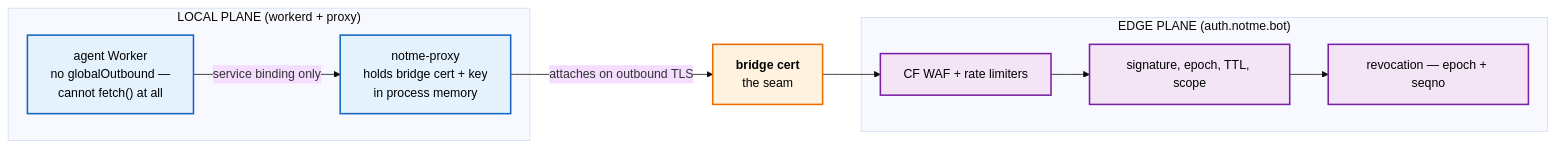
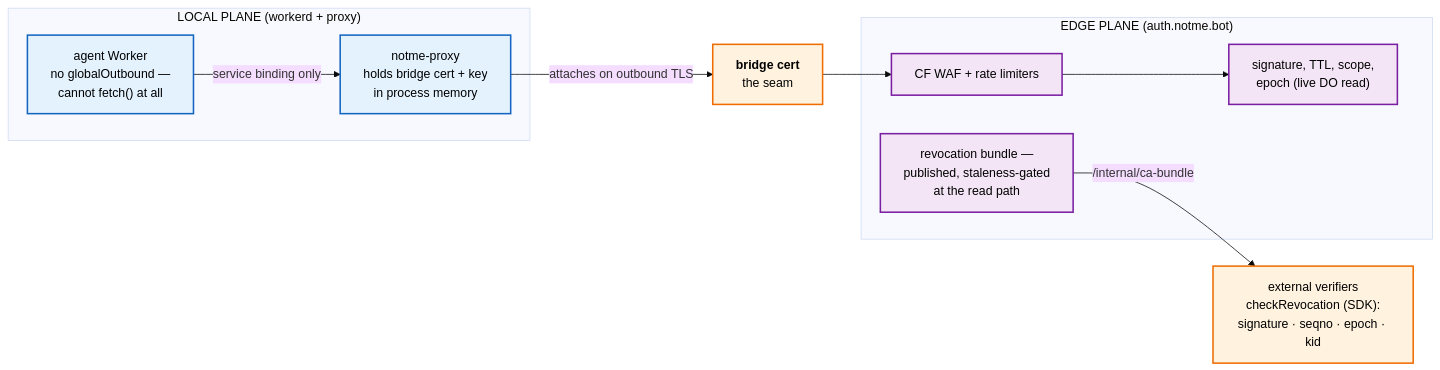
Before and after one commit to agentic-research/notme: the fifth of 5 diagrams in ARCHITECTURE.md, drawn with Mermaid (base theme). The commit also changed other lines of this file and 6 other files, not shown here.

````diff
--- a/ARCHITECTURE.md
+++ b/ARCHITECTURE.md
@@ -149,23 +149,26 @@
 ```mermaid
 graph LR
     classDef local fill:#e3f2fd,stroke:#1565c0,stroke-width:2px,color:#000
     classDef edge fill:#f3e5f5,stroke:#7b1fa2,stroke-width:2px,color:#000
     classDef seam fill:#fff3e0,stroke:#ef6c00,stroke-width:2px,color:#000
 
     subgraph LP["LOCAL PLANE (workerd + proxy)"]
         AG["agent Worker<br/>no globalOutbound —<br/>cannot fetch() at all"]:::local
         PXY["notme-proxy<br/>holds bridge cert + key<br/>in process memory"]:::local
         AG -->|service binding only| PXY
     end
 
     CERT["<b>bridge cert</b><br/>the seam"]:::seam
 
     subgraph EP["EDGE PLANE (auth.notme.bot)"]
         WAF["CF WAF + rate limiters"]:::edge
-        VER["signature, epoch, TTL, scope"]:::edge
-        REV["revocation — epoch + seqno"]:::edge
+        VER["signature, TTL, scope,<br/>epoch (live DO read)"]:::edge
+        REV["revocation bundle —<br/>published, staleness-gated<br/>at the read path"]:::edge
     end
 
+    EXT["external verifiers<br/>checkRevocation (SDK):<br/>signature · seqno · epoch · kid"]:::seam
+
     PXY -->|attaches on outbound TLS| CERT
-    CERT --> WAF --> VER --> REV
+    CERT --> WAF --> VER
+    REV -->|"/internal/ca-bundle"| EXT
 ```
````
